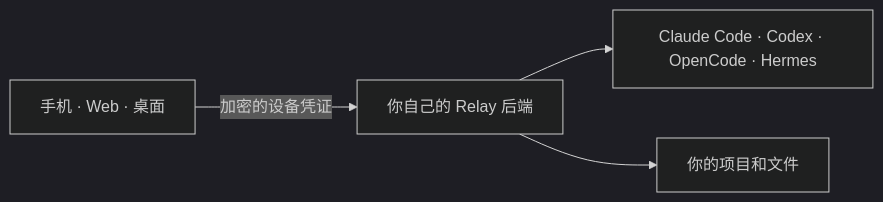
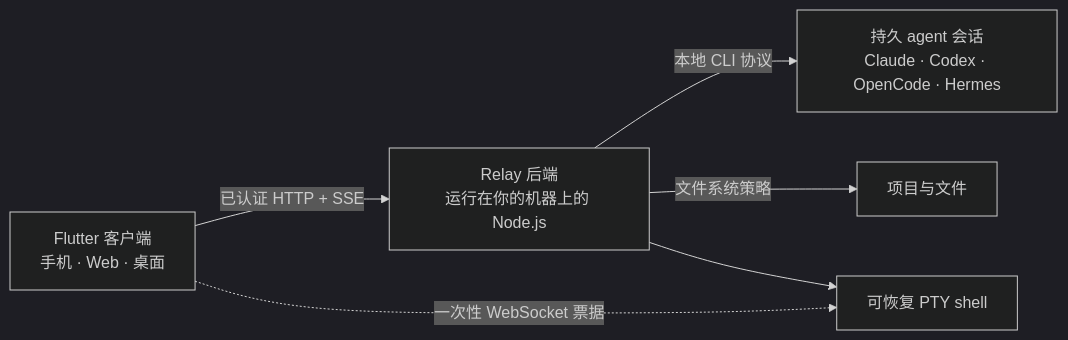
Before and after one commit to elin66alpha/AgentDeck: the diagram in README.zh-CN.md, drawn with Mermaid (dark theme). The commit also changed other lines of this file and 6 other files, not shown here.

````diff
--- a/README.zh-CN.md
+++ b/README.zh-CN.md
@@ -21,6 +65,14 @@
 ```mermaid
 flowchart LR
-    C["手机 · Web · 桌面"] -->|"加密的设备凭证"| B["你自己的 Relay 后端"]
-    B --> A["Claude Code · Codex · OpenCode · Hermes"]
-    B --> F["你的项目和文件"]
+    C["Flutter 客户端<br/>手机 · Web · 桌面"]
+    R["Relay 后端<br/>运行在你的机器上的 Node.js"]
+    A["持久 agent 会话<br/>Claude · Codex · OpenCode · Hermes"]
+    F["项目与文件"]
+    T["可恢复 PTY shell"]
+
+    C -->|"已认证 HTTP + SSE"| R
+    R -->|"本地 CLI 协议"| A
+    R -->|"文件系统策略"| F
+    C -. "一次性 WebSocket 票据" .-> T
+    R --> T
 ```
````
